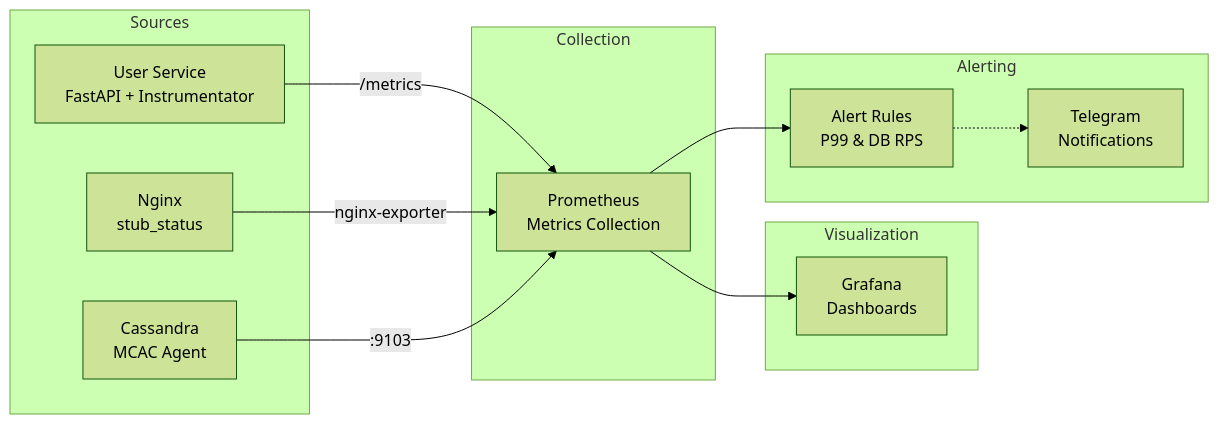
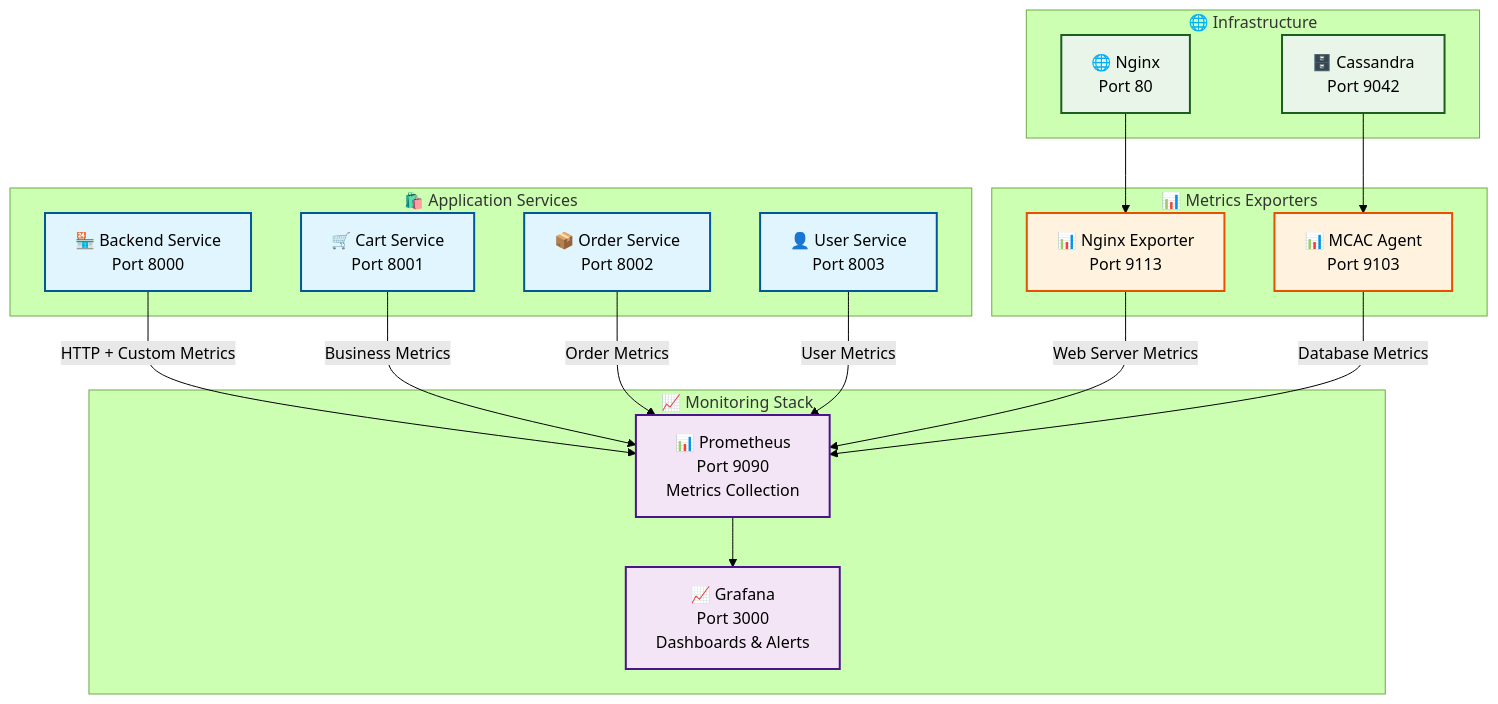
One commit to alice3e/o11y changed the diagram in app/docs-src/monitoring.md. Above: the diagram before and after it, drawn with Mermaid (forest theme). The commit also changed other lines of this file and 12 other files, not shown here.

````diff
--- a/app/docs-src/monitoring.md
+++ b/app/docs-src/monitoring.md
@@ -7,28 +7,49 @@
 ```mermaid
-graph LR
-    subgraph "Sources"
-        A[User Service<br/>FastAPI + Instrumentator]
-        B[Nginx<br/>stub_status]
-        C[Cassandra<br/>MCAC Agent]
+graph TB
+    subgraph "🛍️ Application Services"
+        BACKEND[🏪 Backend Service<br/>Port 8000]
+        CART[🛒 Cart Service<br/>Port 8001]  
+        ORDER[📦 Order Service<br/>Port 8002]
+        USER[👤 User Service<br/>Port 8003]
     end
     
-    subgraph "Collection"
-        D[Prometheus<br/>Metrics Collection]
+    subgraph "🌐 Infrastructure"
+        NGINX[🌐 Nginx<br/>Port 80]
+        CASSANDRA[🗄️ Cassandra<br/>Port 9042]
     end
     
-    subgraph "Visualization"
-        E[Grafana<br/>Dashboards]
+    subgraph "📊 Metrics Exporters"
+        NGINX_EXP[📊 Nginx Exporter<br/>Port 9113]
+        MCAC[📊 MCAC Agent<br/>Port 9103]
     end
     
-    subgraph "Alerting"
-        F[Alert Rules<br/>P99 & DB RPS]
-        G[Telegram<br/>Notifications]
+    subgraph "📈 Monitoring Stack"
+        PROM[📊 Prometheus<br/>Port 9090<br/>Metrics Collection]
+        GRAFANA[📈 Grafana<br/>Port 3000<br/>Dashboards & Alerts]
     end
     
-    A -->|/metrics| D
-    B -->|nginx-exporter| D
-    C -->|:9103| D
-    D --> E
-    D --> F
-    F -.-> G
+    %% Metrics flow
+    BACKEND --"HTTP + Custom Metrics"--> PROM
+    CART --"Business Metrics"--> PROM
+    ORDER --"Order Metrics"--> PROM
+    USER --"User Metrics"--> PROM
+    
+    NGINX --> NGINX_EXP
+    NGINX_EXP --"Web Server Metrics"--> PROM
+    
+    CASSANDRA --> MCAC  
+    MCAC --"Database Metrics"--> PROM
+    
+    PROM --> GRAFANA
+    
+    %% Styling
+    classDef appBox fill:#e1f5fe,stroke:#01579b,stroke-width:2px
+    classDef infraBox fill:#e8f5e8,stroke:#1b5e20,stroke-width:2px
+    classDef exportBox fill:#fff3e0,stroke:#e65100,stroke-width:2px
+    classDef monitorBox fill:#f3e5f5,stroke:#4a148c,stroke-width:2px
+    
+    class BACKEND,CART,ORDER,USER appBox
+    class NGINX,CASSANDRA infraBox
+    class NGINX_EXP,MCAC exportBox
+    class PROM,GRAFANA monitorBox
 ```
````
